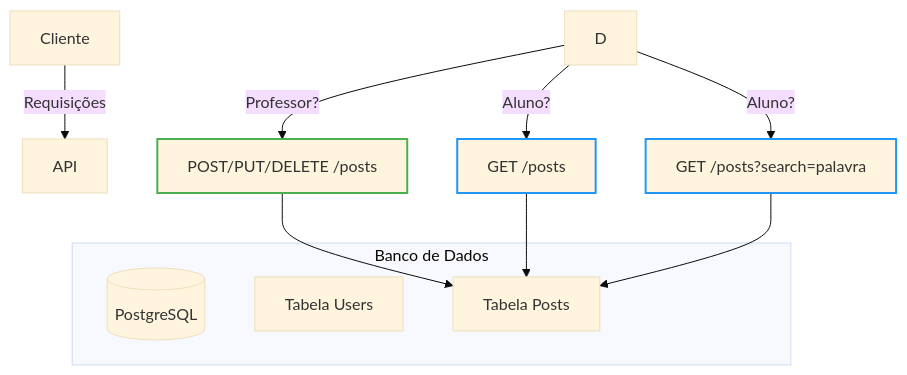
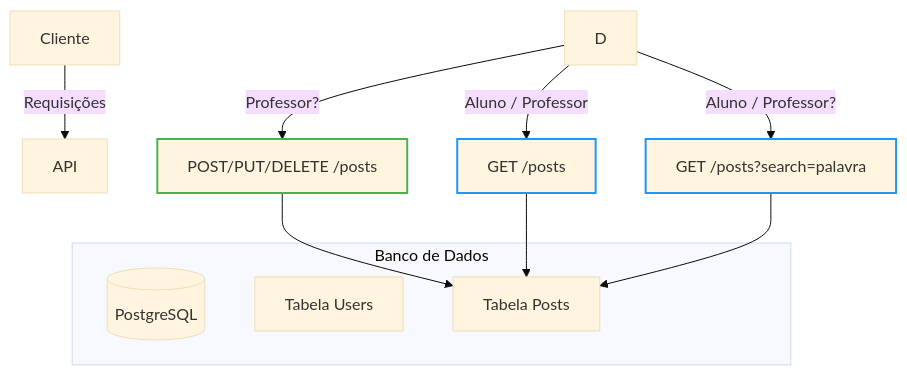
Before and after one commit to cilolata/tech-chanllenge-2-fiap: the diagram in README.md, drawn with Mermaid (base theme). The commit also changed other lines of this file, not shown here.

````diff
--- a/README.md
+++ b/README.md
@@ -13,22 +14,22 @@
 ```mermaid
 flowchart TD
     A[Cliente] -->|Requisições| B[API]
     
     subgraph Banco de Dados
         E[(PostgreSQL)]
         F[Tabela Users]
         G[Tabela Posts]
     end
 
     D -->|Professor?| H[POST/PUT/DELETE /posts]
-    D -->|Aluno?| I[GET /posts]
-    D -->|Aluno?| J[GET /posts?search=palavra]
+    D -->|Aluno / Professor| I[GET /posts]
+    D -->|Aluno / Professor?| J[GET /posts?search=palavra]
 
     H --> G
     I --> G
     J --> G
 
     style H stroke:#4CAF50,stroke-width:2px
     style I stroke:#2196F3,stroke-width:2px
     style J stroke:#2196F3,stroke-width:2px
 ```
````
